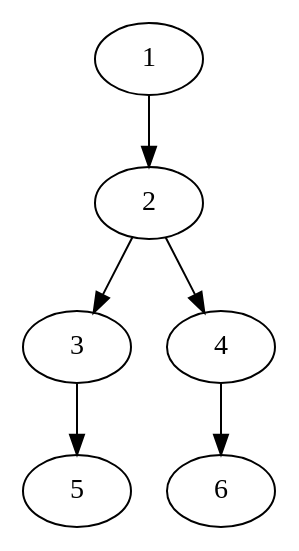
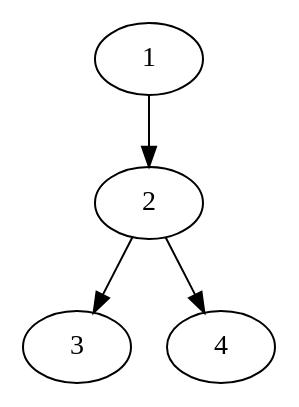
One commit to ingi-neru/realtime-nf-scheduling-multi changed the diagram in simulator/example.dot. Above: the diagram before and after it, drawn with Graphviz. The commit also changed 4 other files, not shown here.

```diff
--- a/simulator/example.dot
+++ b/simulator/example.dot
@@ -1,13 +1,9 @@
-strict digraph "Example MultiSwitch Configuration" {
-1 [pos="[0, 0]", task=0, taskname="Task 0", worker=0, workerspeed=1, cost=0, switch=0, flows="{'flow': [{'flowid': 0, 'flowname': 'Flow 0', 'flowrate': 10, 'flowrateSLO': 0.4, 'flowdelaySLO': 5}, {'flowid': 1, 'flowname': 'Flow 1', 'flowrate': 12, 'flowrateSLO': 0.1, 'flowdelaySLO': 11}]}"];
-2 [pos="[2, 0]", task=0, taskname="Task 0", worker=0, workerspeed=1, cost=0, switch=0, flows="{'flow': [{'flowid': 0, 'flowname': 'Flow 0', 'flowrate': 10, 'flowrateSLO': 0.4, 'flowdelaySLO': 5}, {'flowid': 1, 'flowname': 'Flow 1', 'flowrate': 12, 'flowrateSLO': 0.1, 'flowdelaySLO': 11}]}"];
-3 [pos="[4, 2]", task=1, taskname="Task 1", worker=0, workerspeed=1, cost=1, switch=0, flows="{'flow': {'flowid': 0, 'flowname': 'Flow 0', 'flowrate': 10, 'flowrateSLO': 0.4, 'flowdelaySLO': 5}}"];
-4 [pos="[0, 0]", task=2, taskname="Task 2", worker=0, workerspeed=1, cost=1, switch=0, flows="{'flow': {'flowid': 1, 'flowname': 'Flow 1', 'flowrate': 12, 'flowrateSLO': 0.1, 'flowdelaySLO': 11}}"];
-5 [pos="[4, 2]", task=3, taskname="Task 3", worker=0, workerspeed=1, cost=1, switch=1, flows="{'flow': {'flowid': 0, 'flowname': 'Flow 0', 'flowrate': 10, 'flowrateSLO': 0.4, 'flowdelaySLO': 5}}"];
-6 [pos="[0, 0]", task=4, taskname="Task 4", worker=0, workerspeed=1, cost=1, switch=1, flows="{'flow': {'flowid': 1, 'flowname': 'Flow 1', 'flowrate': 12, 'flowrateSLO': 0.1, 'flowdelaySLO': 11}}"];
+strict digraph "Example Switch" {
+1 [pos="[0, 0]", task=0, taskname="Task 0", worker=0, workerspeed=1, cost=0, flows="{'flow': [{'flowid': 0, 'flowname': 'Flow QoS', 'flowrate': 10, 'flowrateSLO': 0.4, 'flowdelaySLO': 5}, {'flowid': 1, 'flowname': 'Flow Bulk', 'flowrate': 12, 'flowrateSLO': 0.1, 'flowdelaySLO': 11}]}"];
+2 [pos="[2, 0]", task=0, taskname="Task 0", worker=0, workerspeed=1, cost=0, flows="{'flow': [{'flowid': 0}, {'flowid': 1}]}"];
+3 [pos="[4, 2]", task=1, taskname="Task 1", worker=1, workerspeed=2, cost=2, flows="{'flow': {'flowid': 0}}"];
+4 [pos="[0, 0]", task=2, taskname="Task 2", worker=0, workerspeed=1, cost=1, flows="{'flow': {'flowid': 1}}"];
 1 -> 2;
 2 -> 3;
 2 -> 4;
-3 -> 5;
-4 -> 6;
 }
```
